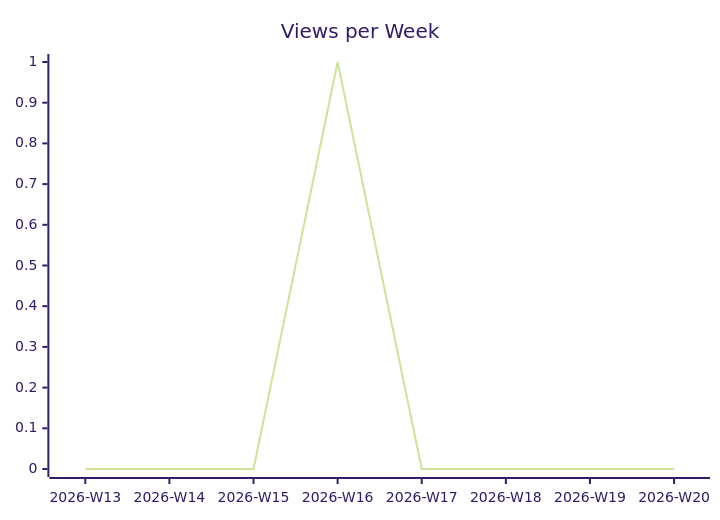
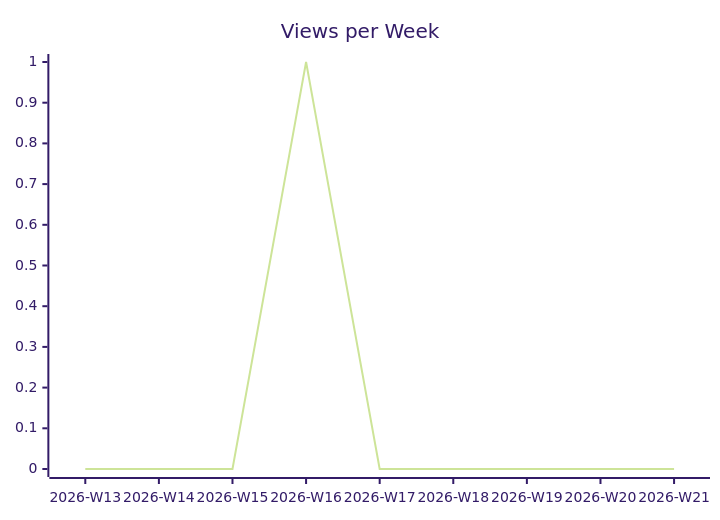
The second of 3 diagrams in justdavis-family/github-analytics-data/README.md (justdavis-family/github-analytics-data), drawn with Mermaid (forest theme) before and after one commit. The commit also changed other lines of this file and 189 other files, not shown here.

````diff
--- a/justdavis-family/github-analytics-data/README.md
+++ b/justdavis-family/github-analytics-data/README.md
@@ -12,6 +12,6 @@
 ```mermaid
 xychart-beta
   title "Views per Week"
-  x-axis ["2026-W13", "2026-W14", "2026-W15", "2026-W16", "2026-W17", "2026-W18", "2026-W19", "2026-W20"]
-  line [0, 0, 0, 1, 0, 0, 0, 0]
+  x-axis ["2026-W13", "2026-W14", "2026-W15", "2026-W16", "2026-W17", "2026-W18", "2026-W19", "2026-W20", "2026-W21"]
+  line [0, 0, 0, 1, 0, 0, 0, 0, 0]
 ```
````
